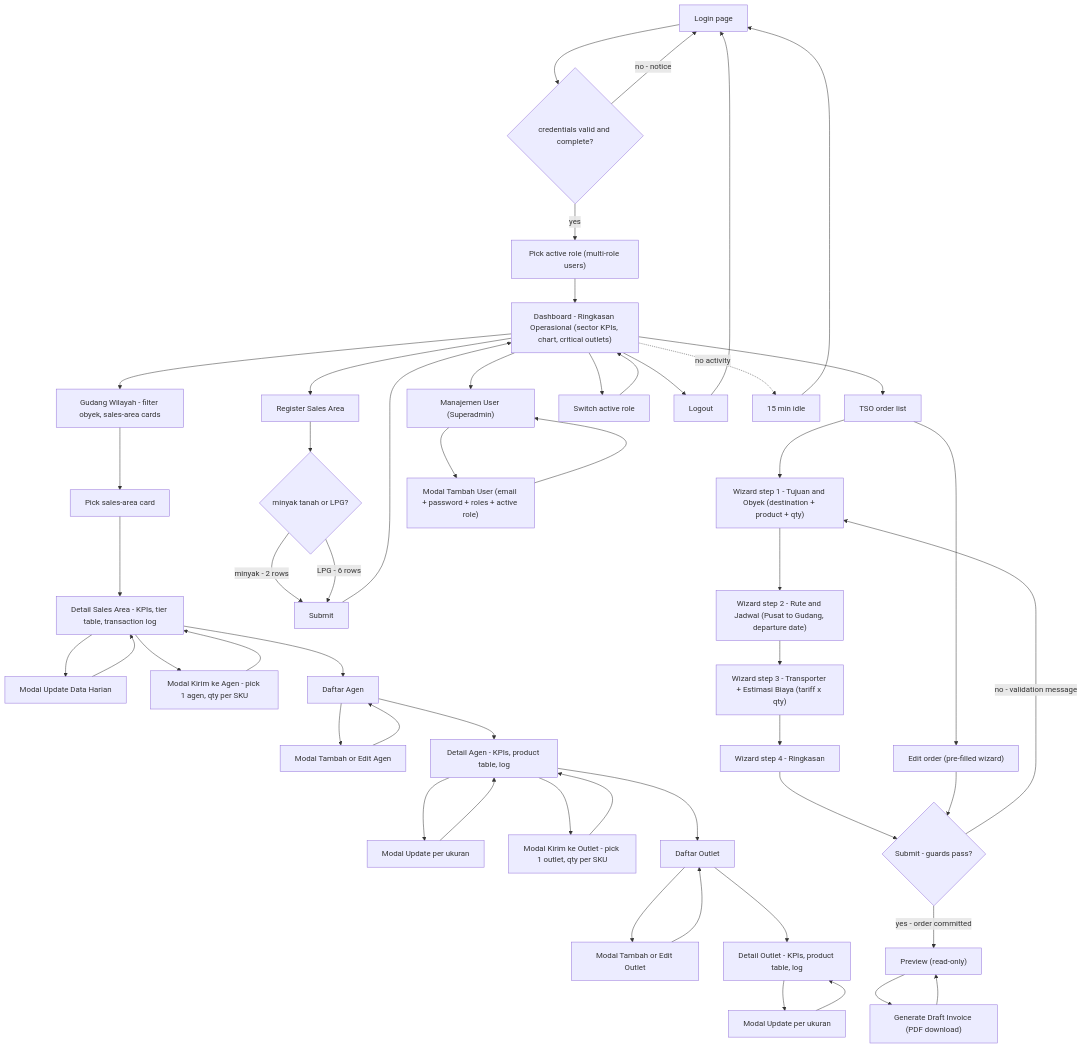
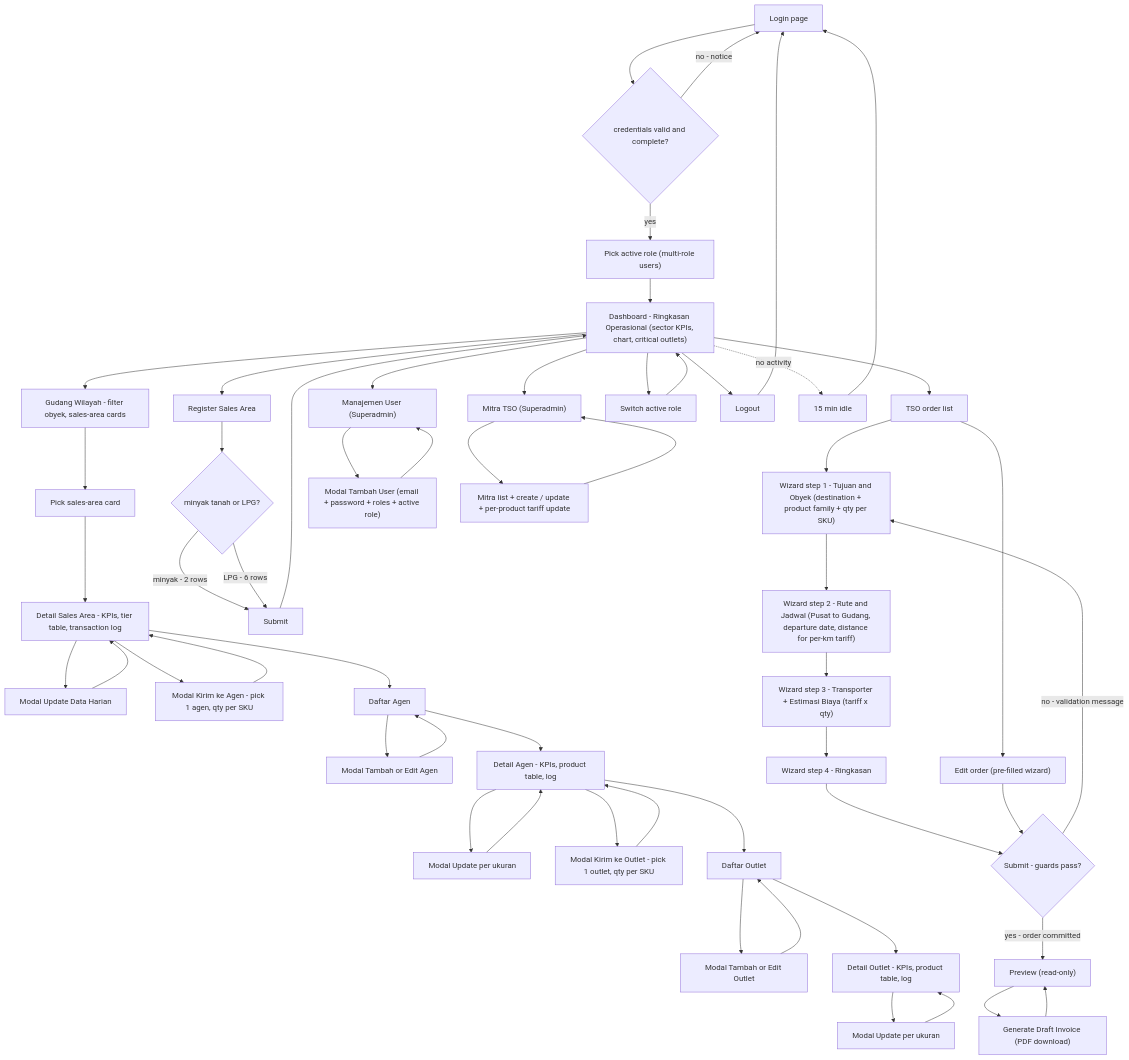
Before and after one commit to dzulfiqois/stock-monitoring-tso: the diagram in architecture/05-flowchart.md, drawn with Mermaid. The commit also changed other lines of this file and 208 other files, not shown here.

````diff
--- a/architecture/05-flowchart.md
+++ b/architecture/05-flowchart.md
@@ -6,64 +6,67 @@
 ```mermaid
 flowchart TB
     L1["Login page"]
     L2{"credentials valid and complete?"}
     L3["Pick active role (multi-role users)"]
     DASH["Dashboard - Ringkasan Operasional (sector KPIs, chart, critical outlets)"]
 
     L1 --> L2
     L2 -- "no - notice" --> L1
     L2 -- "yes" --> L3 --> DASH
 
     DASH --> GW["Gudang Wilayah - filter obyek, sales-area cards"]
     DASH --> REG["Register Sales Area"]
     DASH --> TSO["TSO order list"]
     DASH --> ADM["Manajemen User (Superadmin)"]
+    DASH --> MITRA["Mitra TSO (Superadmin)"]
     DASH --> SW["Switch active role"]
     DASH --> OUT["Logout"]
     IDLE["15 min idle"] --> L1
     DASH -. "no activity" .-> IDLE
     SW --> DASH
     OUT --> L1
 
     GW --> CARD["Pick sales-area card"]
     CARD --> DET["Detail Sales Area - KPIs, tier table, transaction log"]
     DET --> UPD["Modal Update Data Harian"]
     DET --> KAG["Modal Kirim ke Agen - pick 1 agen, qty per SKU"]
     DET --> LA["Daftar Agen"]
     UPD --> DET
     KAG --> DET
 
     REG --> BR{"minyak tanah or LPG?"}
     BR -->|"minyak - 2 rows"| SUBMIT1["Submit"]
     BR -->|"LPG - 6 rows"| SUBMIT1
     SUBMIT1 --> DASH
 
     LA --> CA["Modal Tambah or Edit Agen"]
     LA --> DA["Detail Agen - KPIs, product table, log"]
     CA --> LA
     DA --> UPA["Modal Update per ukuran"]
     DA --> KAO["Modal Kirim ke Outlet - pick 1 outlet, qty per SKU"]
     DA --> LO["Daftar Outlet"]
     UPA --> DA
     KAO --> DA
     LO --> CO["Modal Tambah or Edit Outlet"]
     LO --> DOU["Detail Outlet - KPIs, product table, log"]
     CO --> LO
     DOU --> UPO["Modal Update per ukuran"]
     UPO --> DOU
 
-    TSO --> WIZ["Wizard step 1 - Tujuan and Obyek (destination + product + qty)"]
-    WIZ --> W2["Wizard step 2 - Rute and Jadwal (Pusat to Gudang, departure date)"]
+    TSO -->     WIZ["Wizard step 1 - Tujuan and Obyek (destination + product family + qty per SKU)"]
+    WIZ --> W2["Wizard step 2 - Rute and Jadwal (Pusat to Gudang, departure date, distance for per-km tariff)"]
     W2 --> W3["Wizard step 3 - Transporter + Estimasi Biaya (tariff x qty)"]
     W3 --> W4["Wizard step 4 - Ringkasan"]
     W4 --> SUBMIT2{"Submit - guards pass?"}
     SUBMIT2 -- "no - validation message" --> WIZ
     SUBMIT2 -- "yes - order committed" --> PREV["Preview (read-only)"]
     PREV --> GEN["Generate Draft Invoice (PDF download)"]
     GEN --> PREV
     TSO --> EDIT["Edit order (pre-filled wizard)"]
     EDIT --> SUBMIT2
 
     ADM --> CU["Modal Tambah User (email + password + roles + active role)"]
     CU --> ADM
+    MITRA --> ML["Mitra list + create / update + per-product tariff update"]
+    ML --> MITRA
 ```
````
